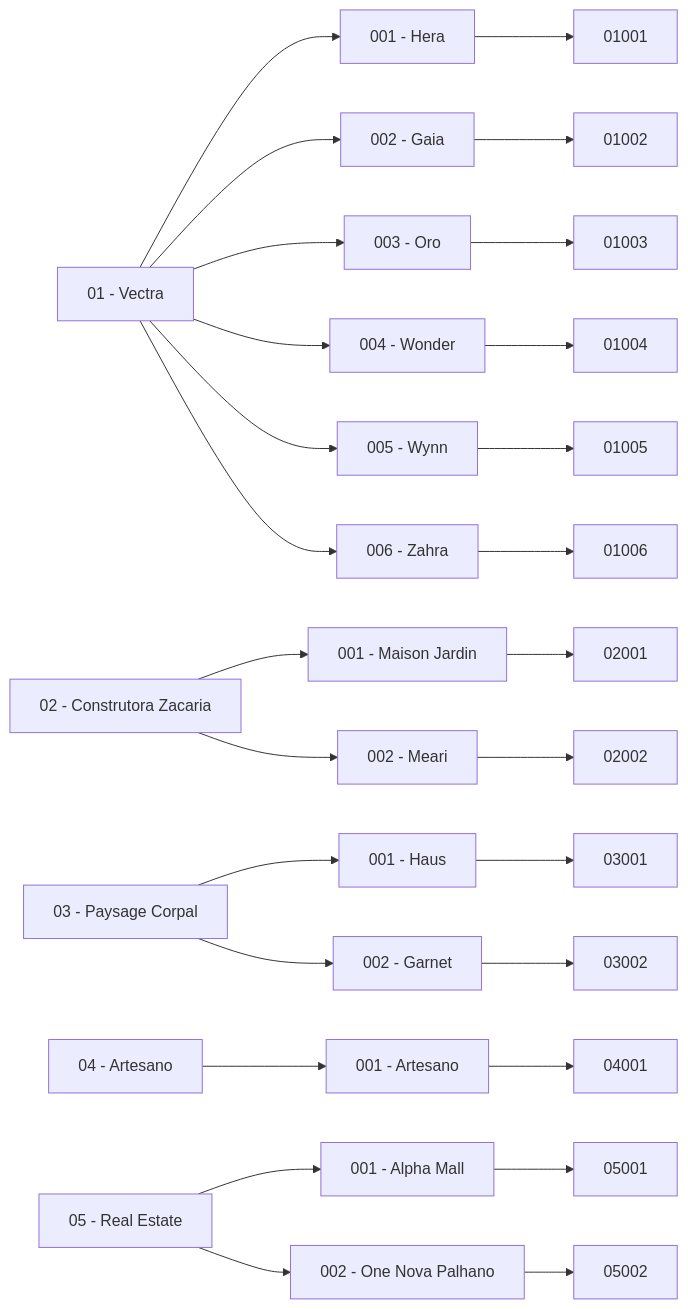
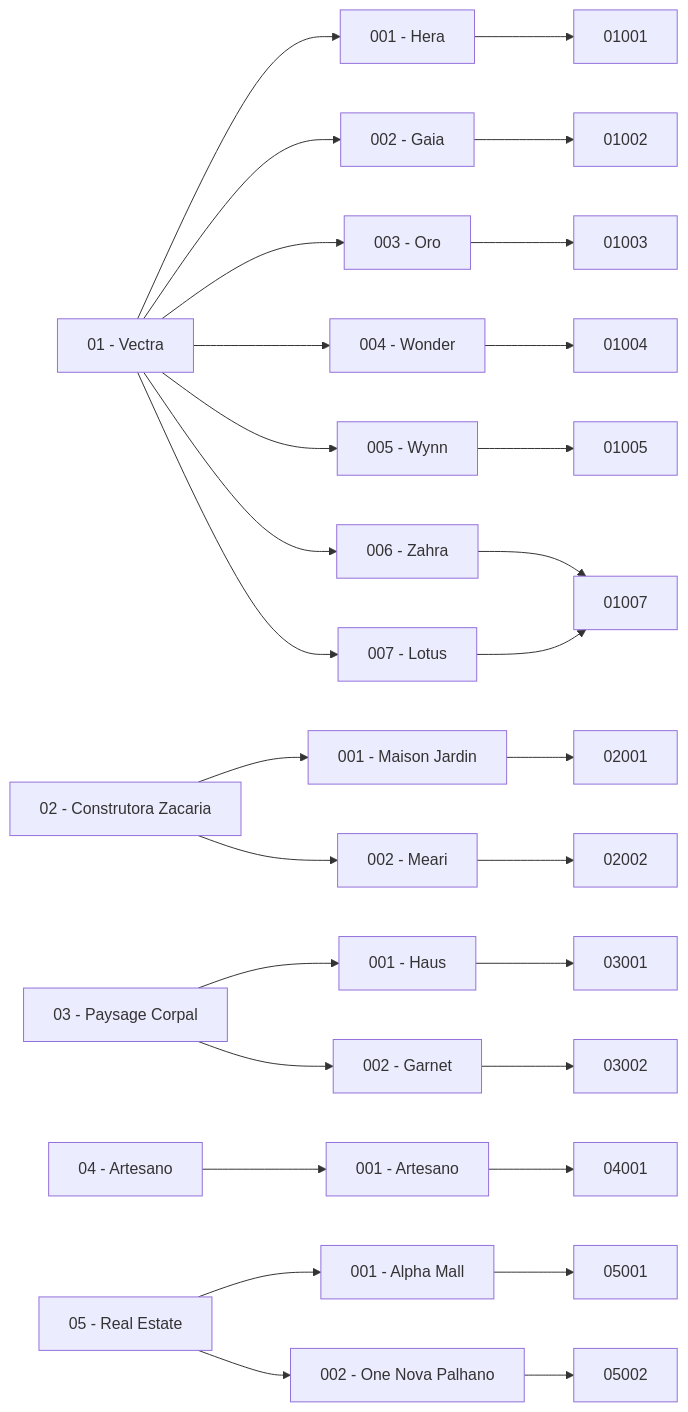
One commit to leadzsoftware/cmsouza changed the third of 3 diagrams in readme.md. Above: the diagram before and after it, drawn with Mermaid.

````diff
--- a/readme.md
+++ b/readme.md
@@ -286,21 +286,22 @@
 ```mermaid
 flowchart LR
-    A["01 - Vectra"] --> A1["001 - Hera"] & A2["002 - Gaia"] & A3["003 - Oro"] & A4["004 - Wonder"] & A5["005 - Wynn"] & A6["006 - Zahra"]
+    A["01 - Vectra"] --> A1["001 - Hera"] & A2["002 - Gaia"] & A3["003 - Oro"] & A4["004 - Wonder"] & A5["005 - Wynn"] & A6["006 - Zahra"] & A7["007 - Lotus"]
     B["02 - Construtora Zacaria"] --> B1["001 - Maison Jardin"] & B2["002 - Meari"]
     C["03 - Paysage Corpal"] --> C1["001 - Haus"] & C2["002 - Garnet"]
     D["04 - Artesano"] --> D1["001 - Artesano"]
     E["05 - Real Estate"] --> E1["001 - Alpha Mall"] & E2["002 - One Nova Palhano"]
     A1 --> nv["01001"]
     A2 --> n0["01002"]
     A3 --> nt["01003"]
     A4 --> nf["01004"]
     A5 --> nh["01005"]
     A6 --> ni["01006"]
+    A7 --> ni["01007"]
     B1 --> nn["02001"]
     B2 --> nl["02002"]
     C1 --> nk["03001"]
     C2 --> n9["03002"]
     D1 --> nq["04001"]
     E1 --> nr["05001"]
     E2 --> ns["05002"]
 ```
````
